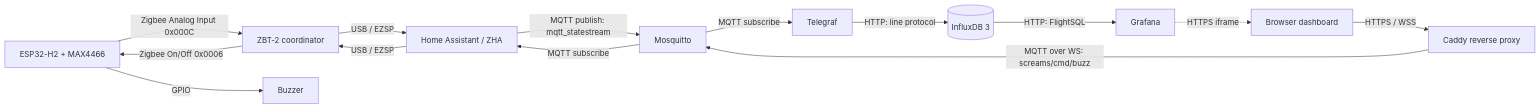
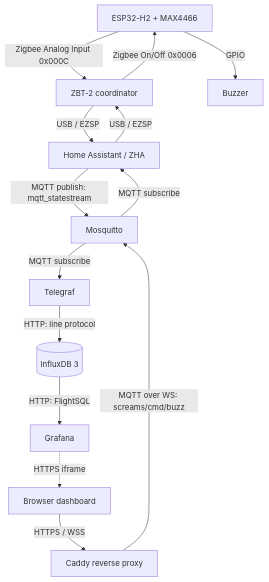
One commit to TiberiusGh/1dv027-iot changed the diagram in README.md. Above: the diagram before and after it, drawn with Mermaid. The commit also changed other lines of this file, not shown here.

Commit message:
Update diagram

````diff
--- a/README.md
+++ b/README.md
@@ -13,28 +13,28 @@
 ```mermaid
-flowchart LR
+flowchart TD
   H2[ESP32-H2 + MAX4466]
   ZBT[ZBT-2 coordinator]
   ZHA[Home Assistant / ZHA]
   CADDY[Caddy reverse proxy]
   MQ[Mosquitto]
   TG[Telegraf]
   DB[(InfluxDB 3)]
   GF[Grafana]
   WEB[Browser dashboard]
   BZ[Buzzer]
 
   H2 -->|Zigbee Analog Input 0x000C| ZBT
   ZBT -->|USB / EZSP| ZHA
   ZHA -->|MQTT publish: mqtt_statestream| MQ
   MQ -->|MQTT subscribe| TG
   TG -->|HTTP: line protocol| DB
   DB -->|HTTP: FlightSQL| GF
   GF -.HTTPS iframe.-> WEB
 
   WEB -->|HTTPS / WSS| CADDY
   CADDY -->|MQTT over WS: screams/cmd/buzz| MQ
   MQ -->|MQTT subscribe| ZHA
   ZHA -->|USB / EZSP| ZBT
   ZBT -->|Zigbee On/Off 0x0006| H2
   H2 -->|GPIO| BZ
 ```
````
